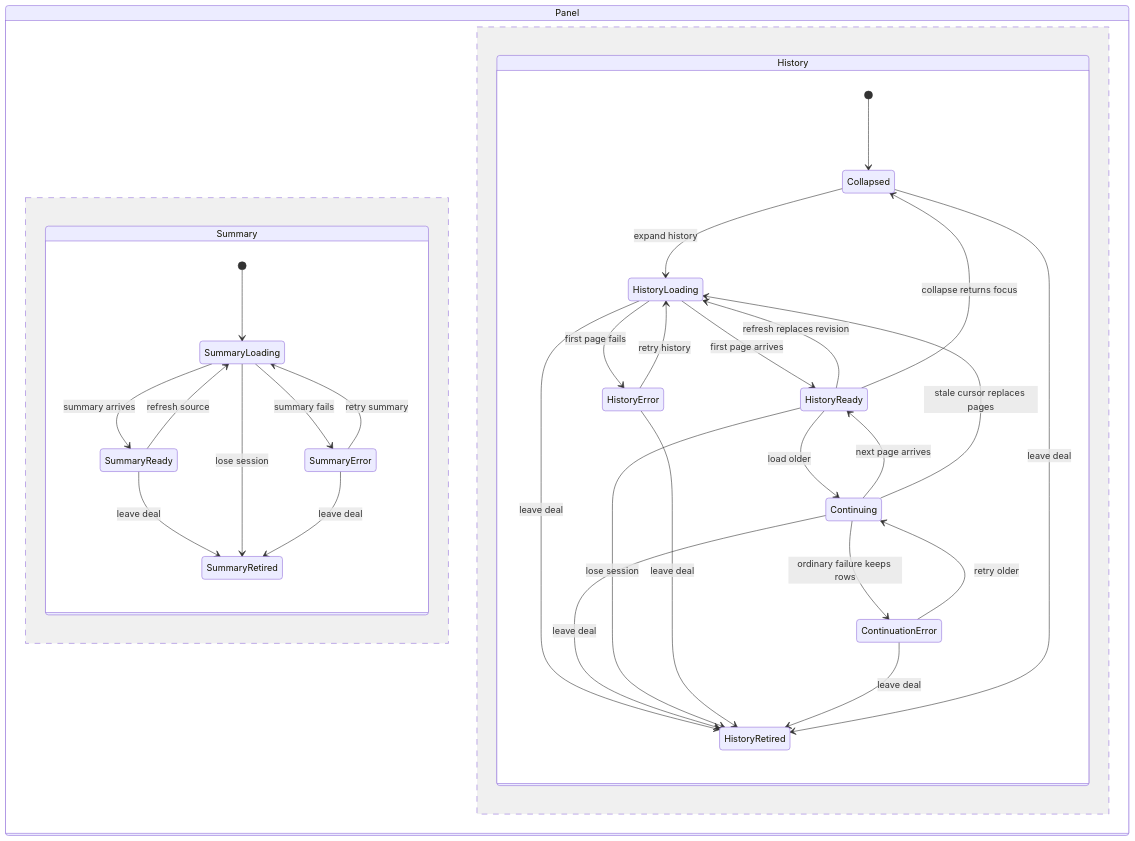
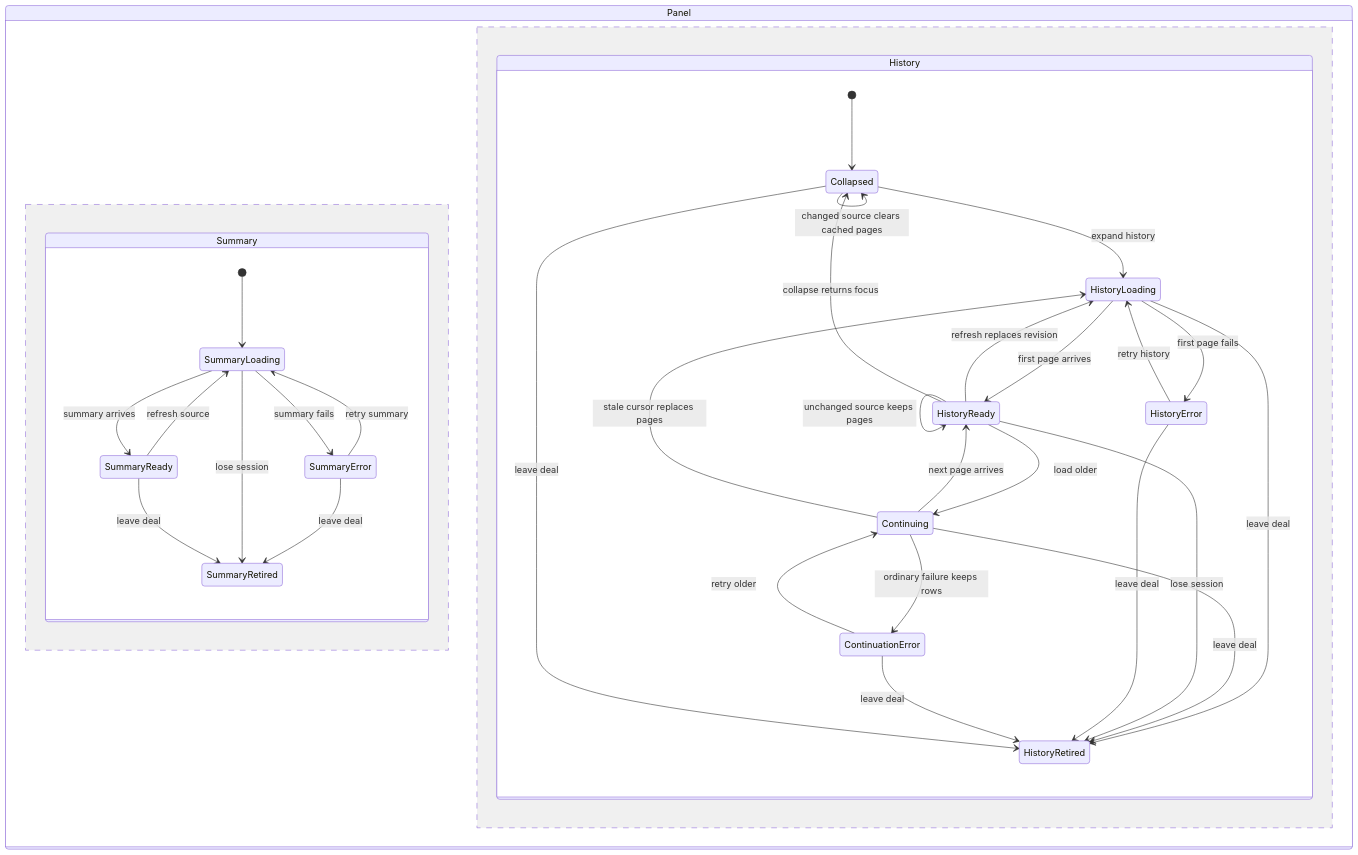
Before and after one commit to jbookout/doctorcre-app: the diagram in docs/models/deal-update-summary/history.mmd, drawn with Mermaid. The commit also changed 8 other files, not shown here.

First line of the commit message:
fix(deals): keep loaded history when its source revision is unchanged

```diff
--- a/docs/models/deal-update-summary/history.mmd
+++ b/docs/models/deal-update-summary/history.mmd
@@ -1,35 +1,37 @@
 stateDiagram-v2
   state Panel {
   state Summary {
     [*] --> SummaryLoading
     SummaryLoading --> SummaryReady: summary arrives
     SummaryLoading --> SummaryError: summary fails
     SummaryError --> SummaryLoading: retry summary
     SummaryReady --> SummaryLoading: refresh source
     SummaryReady --> SummaryRetired: leave deal
     SummaryLoading --> SummaryRetired: lose session
     SummaryError --> SummaryRetired: leave deal
   }
   --
   state History {
     [*] --> Collapsed
     Collapsed --> HistoryLoading: expand history
     HistoryLoading --> HistoryReady: first page arrives
     HistoryLoading --> HistoryError: first page fails
     HistoryError --> HistoryLoading: retry history
     HistoryReady --> Continuing: load older
     Continuing --> HistoryReady: next page arrives
     Continuing --> ContinuationError: ordinary failure keeps rows
     ContinuationError --> Continuing: retry older
     Continuing --> HistoryLoading: stale cursor replaces pages
     HistoryReady --> HistoryLoading: refresh replaces revision
+    HistoryReady --> HistoryReady: unchanged source keeps pages
+    Collapsed --> Collapsed: changed source clears cached pages
     HistoryReady --> Collapsed: collapse returns focus
     HistoryLoading --> HistoryRetired: leave deal
     Continuing --> HistoryRetired: leave deal
     HistoryReady --> HistoryRetired: lose session
     HistoryError --> HistoryRetired: leave deal
     ContinuationError --> HistoryRetired: leave deal
     Collapsed --> HistoryRetired: leave deal
   }
 
   }
```
